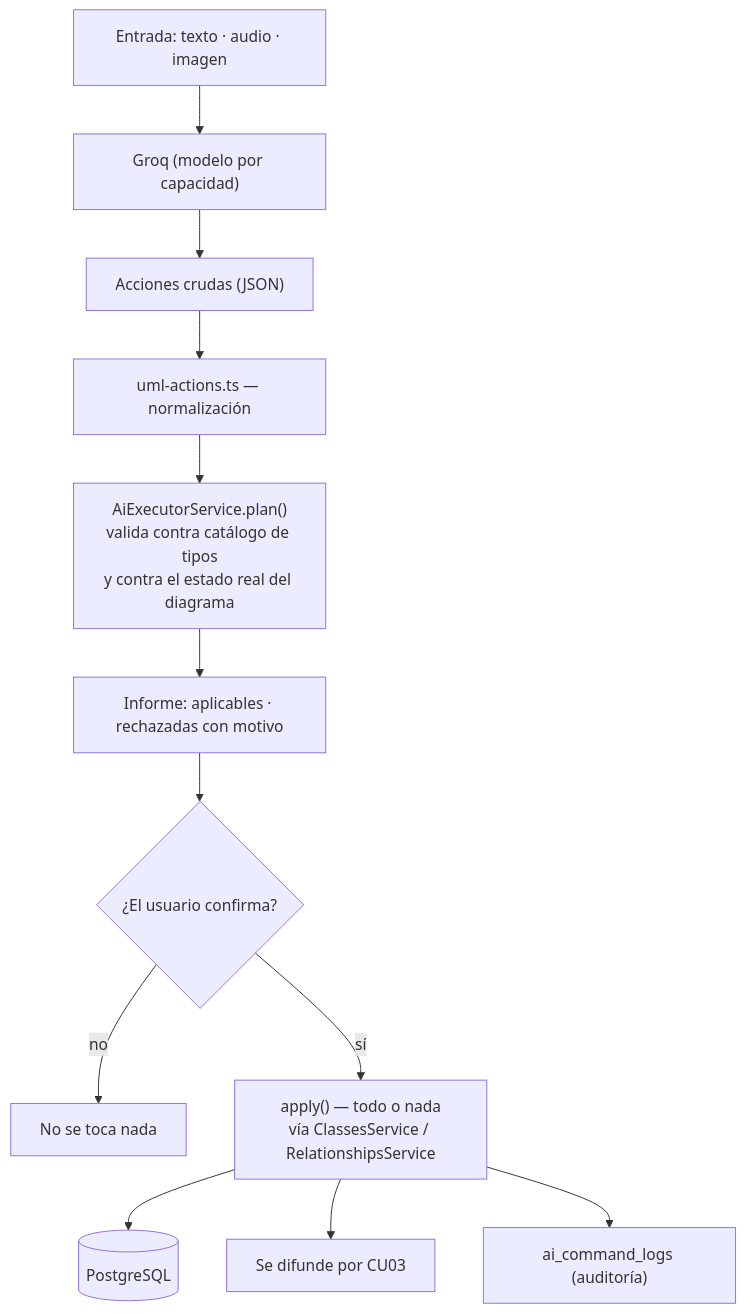
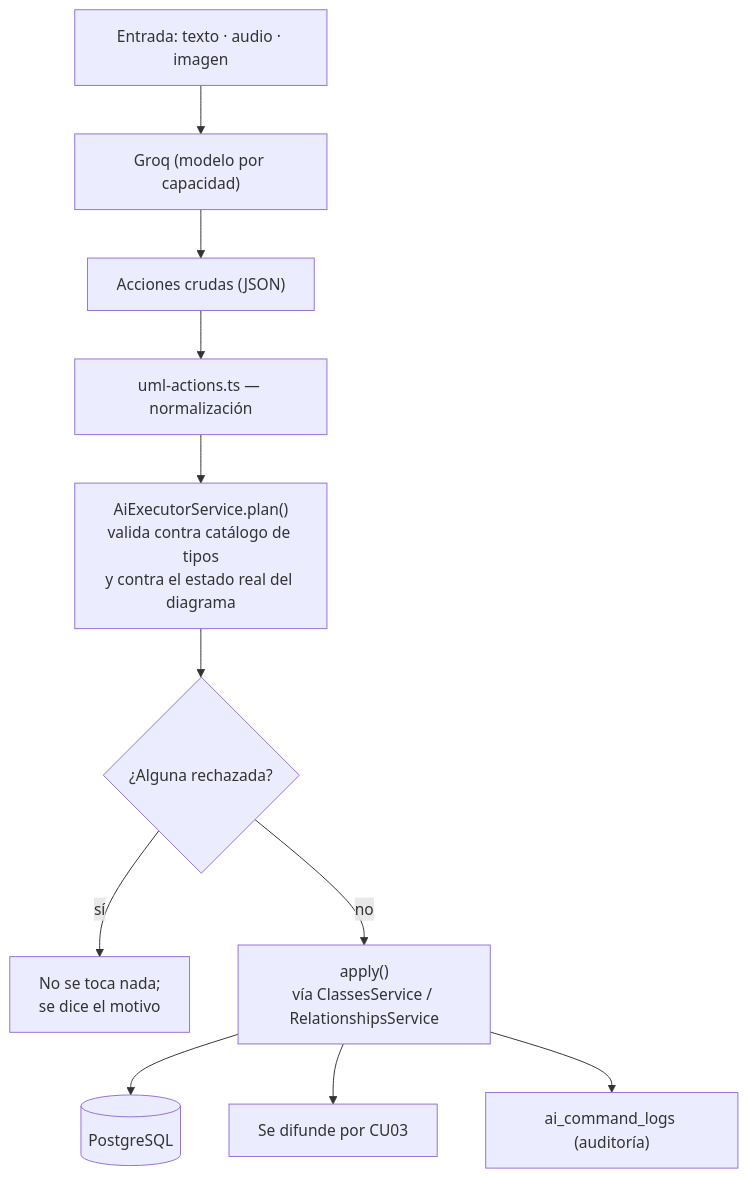
Before and after one commit to GabrielaCrespo/case-tool: diagram 16 of 17 in README.md, drawn with Mermaid. The commit also changed other lines of this file and 56 other files, not shown here.

````diff
--- a/README.md
+++ b/README.md
@@ -1403,14 +1504,13 @@
 ```mermaid
 flowchart TB
     IN["Entrada: texto · audio · imagen"] --> GQ["Groq (modelo por capacidad)"]
     GQ --> RAW["Acciones crudas (JSON)"]
     RAW --> NORM["uml-actions.ts — normalización"]
     NORM --> PLAN["AiExecutorService.plan()<br/>valida contra catálogo de tipos<br/>y contra el estado real del diagrama"]
-    PLAN --> REP["Informe: aplicables · rechazadas con motivo"]
-    REP --> USER{"¿El usuario confirma?"}
-    USER -->|no| FIN["No se toca nada"]
-    USER -->|sí| APPLY["apply() — todo o nada<br/>vía ClassesService / RelationshipsService"]
+    PLAN --> OK{"¿Alguna rechazada?"}
+    OK -->|sí| FIN["No se toca nada;<br/>se dice el motivo"]
+    OK -->|no| APPLY["apply()<br/>vía ClassesService / RelationshipsService"]
     APPLY --> DB[("PostgreSQL")]
     APPLY --> WS["Se difunde por CU03"]
     APPLY --> LOG["ai_command_logs (auditoría)"]
 ```
````
